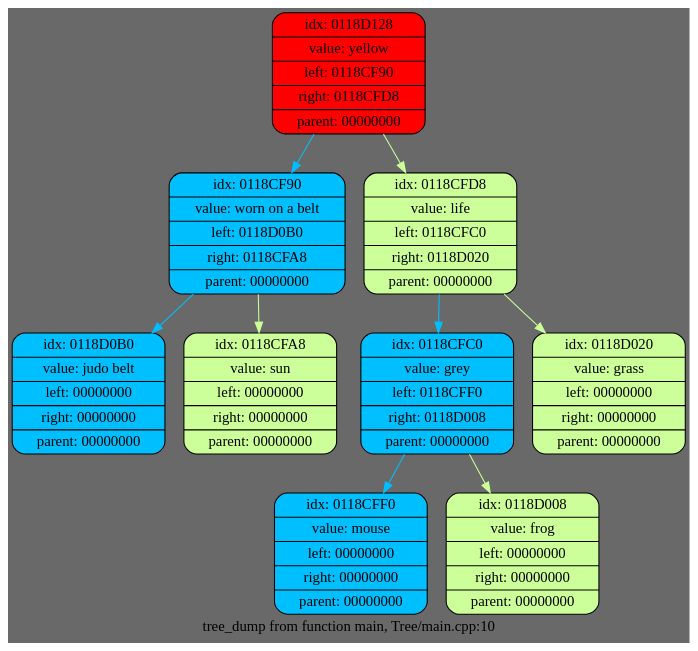
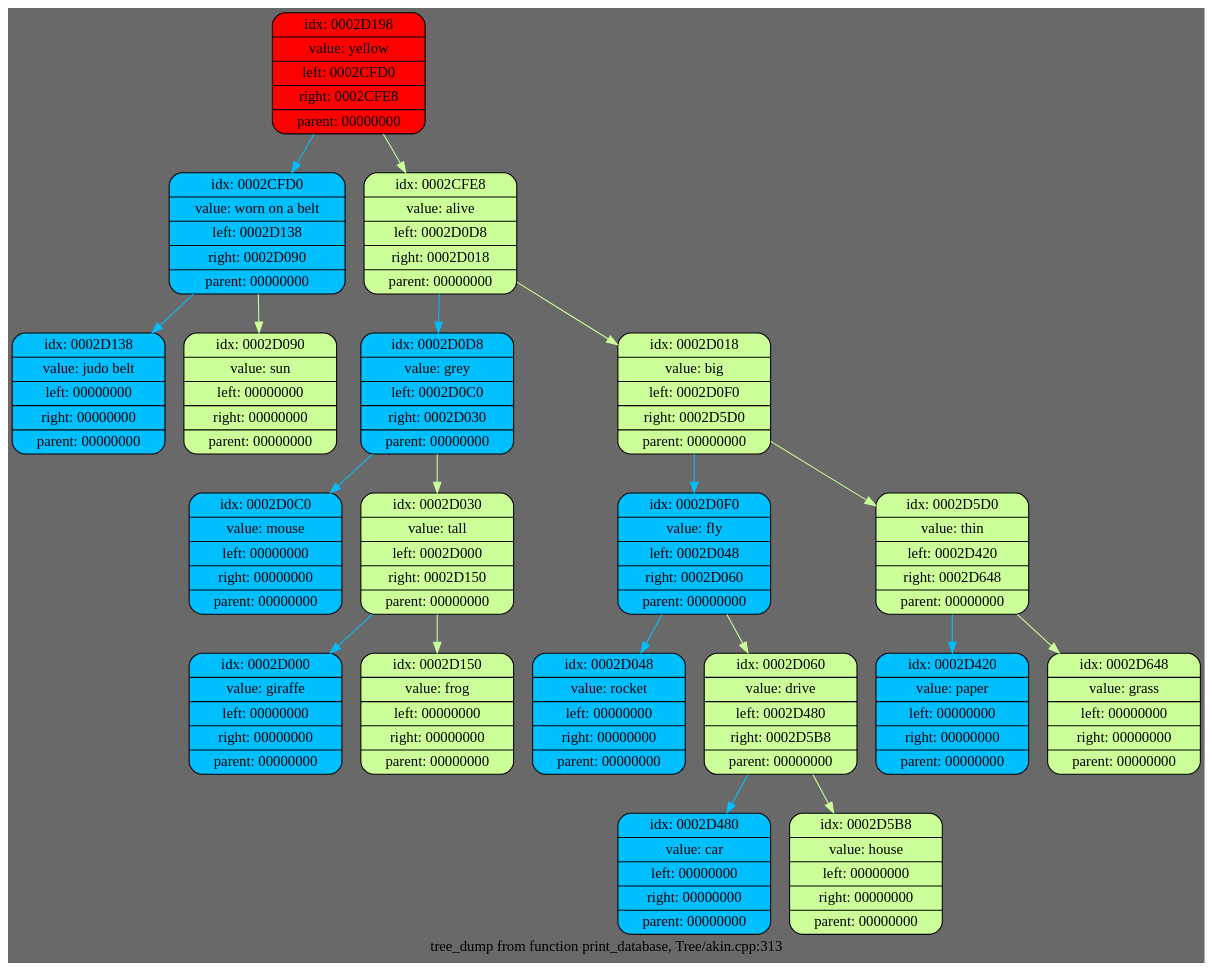
The diagram in include/dump.dot (EntryFrager/Akinator), drawn with Graphviz before and after one commit. The commit also changed 15 other files, not shown here.

Commit message:
I wrote a function to compare tree objects to get a tree in a separate window.

```diff
--- a/include/dump.dot
+++ b/include/dump.dot
@@ -1,21 +1,41 @@
 digraph List {
 	rankdir = HR;
 	bgcolor = "#696969";
-	node0 [shape = Mrecord, style = filled, fillcolor = "#ff0000", label = "{idx: 0118D128 | value: yellow | left: 0118CF90 | right: 0118CFD8 | parent: 00000000}"];
-	node1 [shape = Mrecord, style = filled, fillcolor = "#00BFFF", label = "{idx: 0118CF90 | value: worn on a belt | left: 0118D0B0 | right: 0118CFA8 | parent: 00000000}"];
+	node0 [shape = Mrecord, style = filled, fillcolor = "#ff0000", label = "{idx: 0002D198 | value: yellow | left: 0002CFD0 | right: 0002CFE8 | parent: 00000000}"];
+	node1 [shape = Mrecord, style = filled, fillcolor = "#00BFFF", label = "{idx: 0002CFD0 | value: worn on a belt | left: 0002D138 | right: 0002D090 | parent: 00000000}"];
 	node0 -> node1 [color = "#00BFFF"]
-	node2 [shape = Mrecord, style = filled, fillcolor = "#00BFFF", label = "{idx: 0118D0B0 | value: judo belt | left: 00000000 | right: 00000000 | parent: 00000000}"];
+	node2 [shape = Mrecord, style = filled, fillcolor = "#00BFFF", label = "{idx: 0002D138 | value: judo belt | left: 00000000 | right: 00000000 | parent: 00000000}"];
 	node1 -> node2 [color = "#00BFFF"]
-	node3 [shape = Mrecord, style = filled, fillcolor = "#ccff99", label = "{idx: 0118CFA8 | value: sun | left: 00000000 | right: 00000000 | parent: 00000000}"];
+	node3 [shape = Mrecord, style = filled, fillcolor = "#ccff99", label = "{idx: 0002D090 | value: sun | left: 00000000 | right: 00000000 | parent: 00000000}"];
 	node1 -> node3 [color = "#ccff99"]
-	node4 [shape = Mrecord, style = filled, fillcolor = "#ccff99", label = "{idx: 0118CFD8 | value: life | left: 0118CFC0 | right: 0118D020 | parent: 00000000}"];
+	node4 [shape = Mrecord, style = filled, fillcolor = "#ccff99", label = "{idx: 0002CFE8 | value: alive | left: 0002D0D8 | right: 0002D018 | parent: 00000000}"];
 	node0 -> node4 [color = "#ccff99"]
-	node5 [shape = Mrecord, style = filled, fillcolor = "#00BFFF", label = "{idx: 0118CFC0 | value: grey | left: 0118CFF0 | right: 0118D008 | parent: 00000000}"];
+	node5 [shape = Mrecord, style = filled, fillcolor = "#00BFFF", label = "{idx: 0002D0D8 | value: grey | left: 0002D0C0 | right: 0002D030 | parent: 00000000}"];
 	node4 -> node5 [color = "#00BFFF"]
-	node6 [shape = Mrecord, style = filled, fillcolor = "#00BFFF", label = "{idx: 0118CFF0 | value: mouse | left: 00000000 | right: 00000000 | parent: 00000000}"];
+	node6 [shape = Mrecord, style = filled, fillcolor = "#00BFFF", label = "{idx: 0002D0C0 | value: mouse | left: 00000000 | right: 00000000 | parent: 00000000}"];
 	node5 -> node6 [color = "#00BFFF"]
-	node7 [shape = Mrecord, style = filled, fillcolor = "#ccff99", label = "{idx: 0118D008 | value: frog | left: 00000000 | right: 00000000 | parent: 00000000}"];
+	node7 [shape = Mrecord, style = filled, fillcolor = "#ccff99", label = "{idx: 0002D030 | value: tall | left: 0002D000 | right: 0002D150 | parent: 00000000}"];
 	node5 -> node7 [color = "#ccff99"]
-	node8 [shape = Mrecord, style = filled, fillcolor = "#ccff99", label = "{idx: 0118D020 | value: grass | left: 00000000 | right: 00000000 | parent: 00000000}"];
-	node4 -> node8 [color = "#ccff99"]
-	label = "tree_dump from function main, Tree/main.cpp:10";}
+	node8 [shape = Mrecord, style = filled, fillcolor = "#00BFFF", label = "{idx: 0002D000 | value: giraffe | left: 00000000 | right: 00000000 | parent: 00000000}"];
+	node7 -> node8 [color = "#00BFFF"]
+	node9 [shape = Mrecord, style = filled, fillcolor = "#ccff99", label = "{idx: 0002D150 | value: frog | left: 00000000 | right: 00000000 | parent: 00000000}"];
+	node7 -> node9 [color = "#ccff99"]
+	node10 [shape = Mrecord, style = filled, fillcolor = "#ccff99", label = "{idx: 0002D018 | value: big | left: 0002D0F0 | right: 0002D5D0 | parent: 00000000}"];
+	node4 -> node10 [color = "#ccff99"]
+	node11 [shape = Mrecord, style = filled, fillcolor = "#00BFFF", label = "{idx: 0002D0F0 | value: fly | left: 0002D048 | right: 0002D060 | parent: 00000000}"];
+	node10 -> node11 [color = "#00BFFF"]
+	node12 [shape = Mrecord, style = filled, fillcolor = "#00BFFF", label = "{idx: 0002D048 | value: rocket | left: 00000000 | right: 00000000 | parent: 00000000}"];
+	node11 -> node12 [color = "#00BFFF"]
+	node13 [shape = Mrecord, style = filled, fillcolor = "#ccff99", label = "{idx: 0002D060 | value: drive | left: 0002D480 | right: 0002D5B8 | parent: 00000000}"];
+	node11 -> node13 [color = "#ccff99"]
+	node14 [shape = Mrecord, style = filled, fillcolor = "#00BFFF", label = "{idx: 0002D480 | value: car | left: 00000000 | right: 00000000 | parent: 00000000}"];
+	node13 -> node14 [color = "#00BFFF"]
+	node15 [shape = Mrecord, style = filled, fillcolor = "#ccff99", label = "{idx: 0002D5B8 | value: house | left: 00000000 | right: 00000000 | parent: 00000000}"];
+	node13 -> node15 [color = "#ccff99"]
+	node16 [shape = Mrecord, style = filled, fillcolor = "#ccff99", label = "{idx: 0002D5D0 | value: thin | left: 0002D420 | right: 0002D648 | parent: 00000000}"];
+	node10 -> node16 [color = "#ccff99"]
+	node17 [shape = Mrecord, style = filled, fillcolor = "#00BFFF", label = "{idx: 0002D420 | value: paper | left: 00000000 | right: 00000000 | parent: 00000000}"];
+	node16 -> node17 [color = "#00BFFF"]
+	node18 [shape = Mrecord, style = filled, fillcolor = "#ccff99", label = "{idx: 0002D648 | value: grass | left: 00000000 | right: 00000000 | parent: 00000000}"];
+	node16 -> node18 [color = "#ccff99"]
+	label = "tree_dump from function print_database, Tree/akin.cpp:313";}
```
